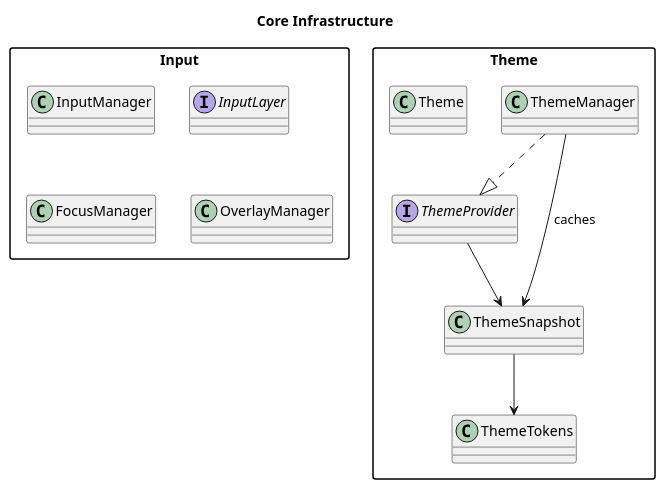
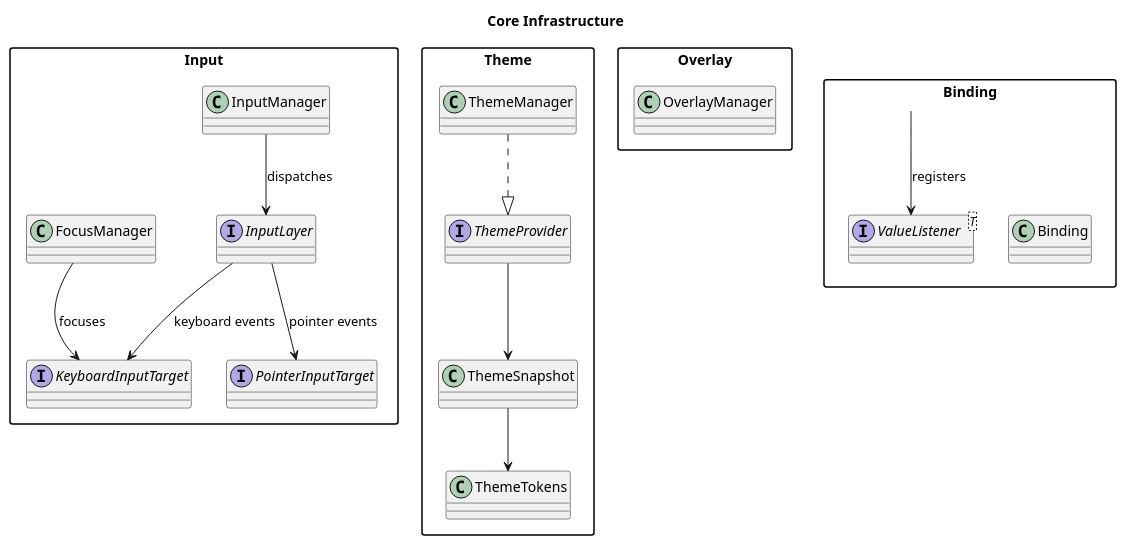
One commit to cdpoloz/cpz-mvvm-processing-controls changed the diagram in docs/uml/infrastructure.puml. Above: the diagram before and after it, drawn with PlantUML. The commit also changed 184 other files, not shown here.

```diff
--- a/docs/uml/infrastructure.puml
+++ b/docs/uml/infrastructure.puml
@@ -1,25 +1,40 @@
 @startuml
 title Core Infrastructure
 skinparam packageStyle rectangle
 skinparam shadowing false
 
 package "Input" {
   class InputManager
   interface InputLayer
+  interface PointerInputTarget
+  interface KeyboardInputTarget
   class FocusManager
-  class OverlayManager
 }
 
 package "Theme" {
   interface ThemeProvider
   class ThemeManager
-  class Theme
   class ThemeSnapshot
   class ThemeTokens
 }
 
+package "Overlay" {
+  class OverlayManager
+}
+
+package "Binding" {
+  class Binding
+  interface ValueListener<T>
+}
+
 ThemeManager ..|> ThemeProvider
 ThemeProvider --> ThemeSnapshot
-ThemeManager --> ThemeSnapshot : caches
 ThemeSnapshot --> ThemeTokens
+
+InputManager --> InputLayer : dispatches
+InputLayer --> PointerInputTarget : pointer events
+InputLayer --> KeyboardInputTarget : keyboard events
+FocusManager --> KeyboardInputTarget : focuses
+
+Binding --> ValueListener : registers
 @enduml
```
